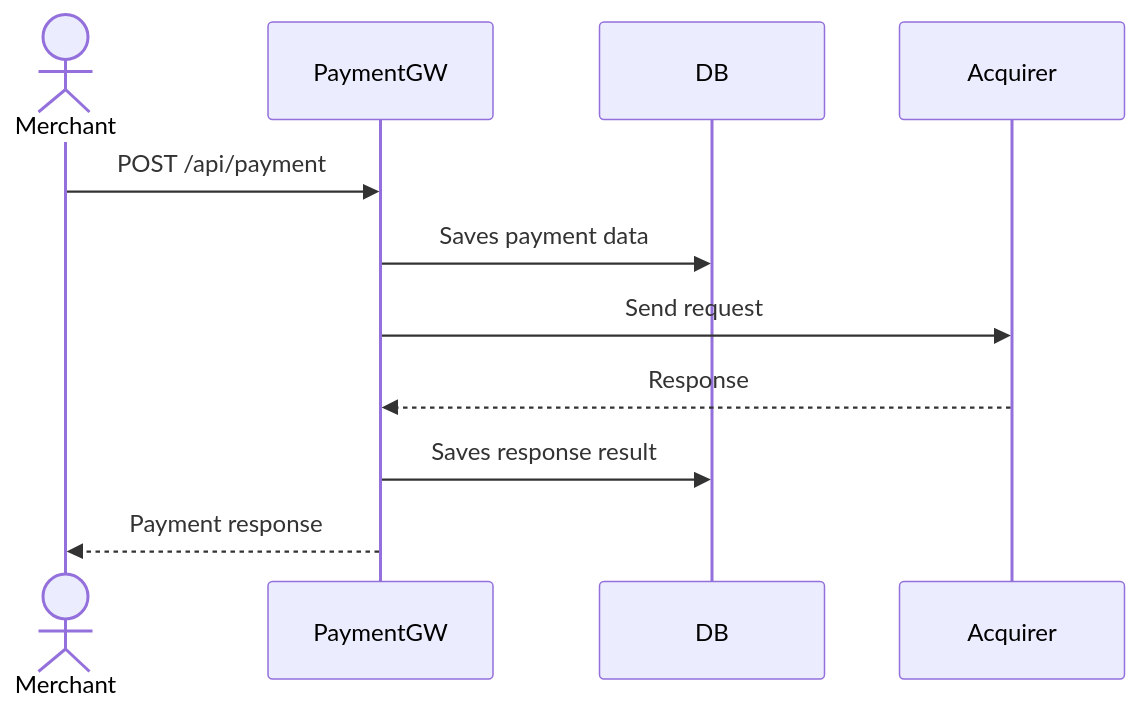
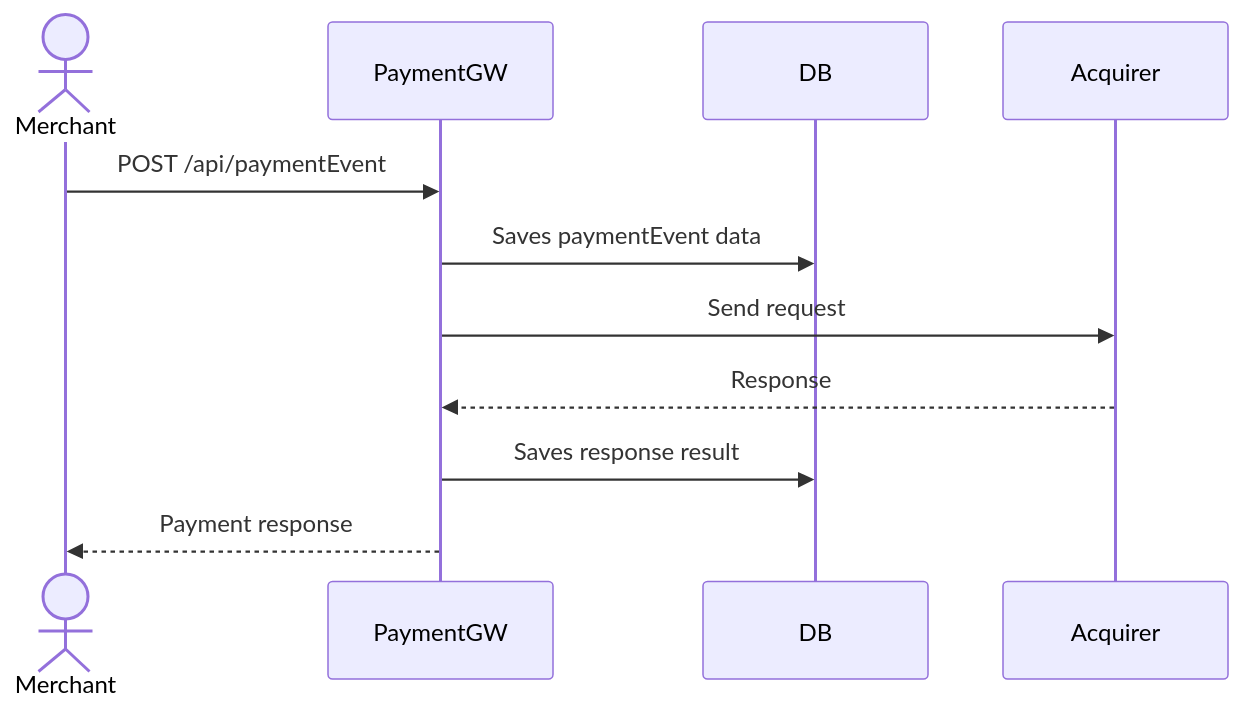
One commit to kabdyssalyam/payment-gateway-task changed the first of 2 diagrams in TDD.md. Above: the diagram before and after it, drawn with Mermaid. The commit also changed other lines of this file and 15 other files, not shown here.

````diff
--- a/TDD.md
+++ b/TDD.md
@@ -4,15 +4,15 @@
 ```mermaid
 sequenceDiagram
   actor client as Merchant
   participant service as PaymentGW
   participant db as DB
   participant bank as Acquirer 
 
-  client->>service: POST /api/payment
-  service->>db:  Saves payment data
+  client->>service: POST /api/paymentEvent
+  service->>db:  Saves paymentEvent data
   service->>bank: Send request
   bank-->>service: Response
   service->>db: Saves response result
   service-->>client: Payment response
   
 ```
````
